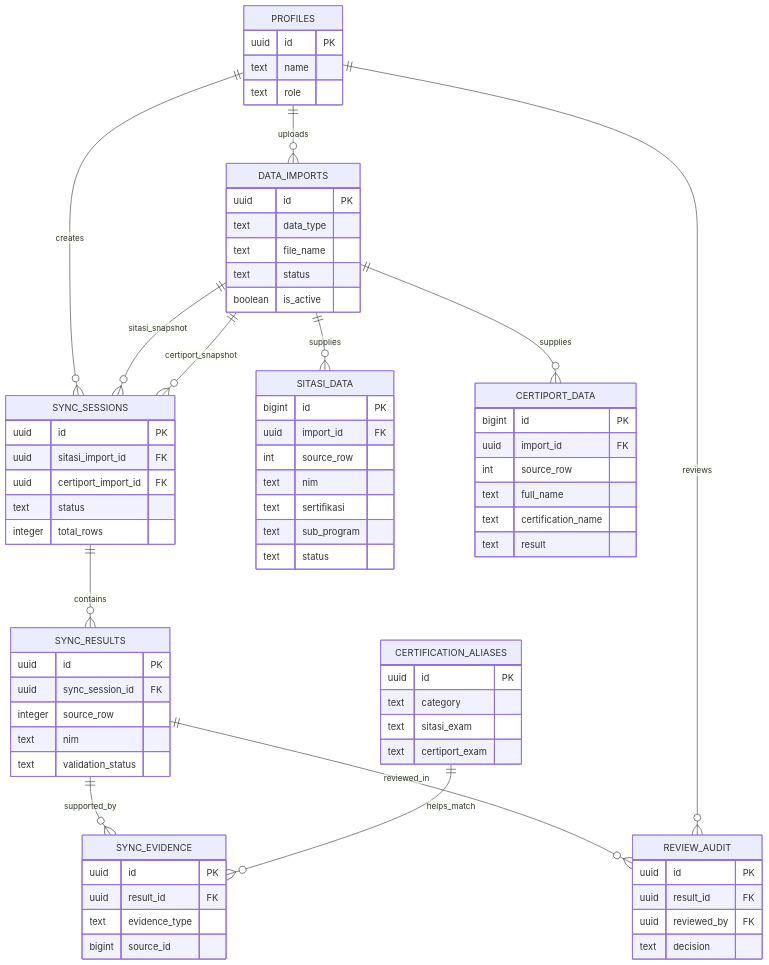
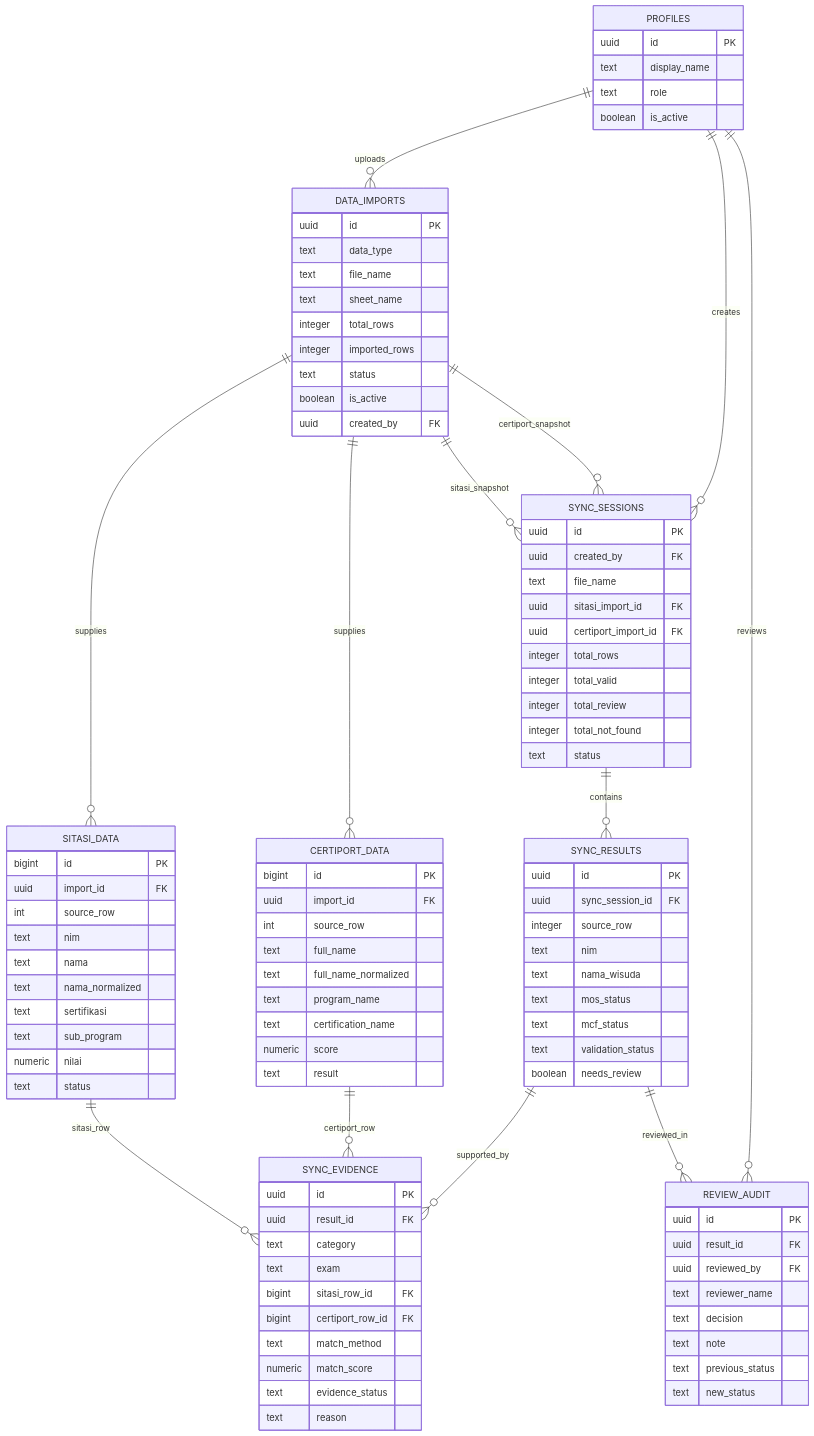
One commit to davidgbrils/wisudasync changed the diagram in docs/07_DATABASE_DESIGN.md. Above: the diagram before and after it, drawn with Mermaid. The commit also changed other lines of this file and 92 other files, not shown here.

````diff
--- a/docs/07_DATABASE_DESIGN.md
+++ b/docs/07_DATABASE_DESIGN.md
@@ -15,28 +18,37 @@
   SYNC_SESSIONS ||--o{ SYNC_RESULTS : contains
   SYNC_RESULTS ||--o{ SYNC_EVIDENCE : supported_by
   SYNC_RESULTS ||--o{ REVIEW_AUDIT : reviewed_in
+  SITASI_DATA ||--o{ SYNC_EVIDENCE : sitasi_row
+  CERTIPORT_DATA ||--o{ SYNC_EVIDENCE : certiport_row
   PROFILES ||--o{ REVIEW_AUDIT : reviews
-  CERTIFICATION_ALIASES ||--o{ SYNC_EVIDENCE : helps_match
 
   PROFILES {
     uuid id PK
-    text name
+    text display_name
     text role
+    boolean is_active
   }
   DATA_IMPORTS {
     uuid id PK
     text data_type
     text file_name
+    text sheet_name
+    integer total_rows
+    integer imported_rows
     text status
     boolean is_active
+    uuid created_by FK
   }
   SITASI_DATA {
     bigint id PK
     uuid import_id FK
     int source_row
     text nim
+    text nama
+    text nama_normalized
     text sertifikasi
     text sub_program
+    numeric nilai
     text status
   }
   CERTIPORT_DATA {
@@ -44,39 +56,55 @@
     uuid import_id FK
     int source_row
     text full_name
+    text full_name_normalized
+    text program_name
     text certification_name
+    numeric score
     text result
   }
   SYNC_SESSIONS {
     uuid id PK
+    uuid created_by FK
+    text file_name
     uuid sitasi_import_id FK
     uuid certiport_import_id FK
+    integer total_rows
+    integer total_valid
+    integer total_review
+    integer total_not_found
     text status
-    integer total_rows
   }
   SYNC_RESULTS {
     uuid id PK
     uuid sync_session_id FK
     integer source_row
     text nim
+    text nama_wisuda
+    text mos_status
+    text mcf_status
     text validation_status
+    boolean needs_review
   }
   SYNC_EVIDENCE {
     uuid id PK
     uuid result_id FK
-    text evidence_type
-    bigint source_id
+    text category
+    text exam
+    bigint sitasi_row_id FK
+    bigint certiport_row_id FK
+    text match_method
+    numeric match_score
+    text evidence_status
+    text reason
   }
   REVIEW_AUDIT {
     uuid id PK
     uuid result_id FK
     uuid reviewed_by FK
+    text reviewer_name
     text decision
-  }
-  CERTIFICATION_ALIASES {
-    uuid id PK
-    text category
-    text sitasi_exam
-    text certiport_exam
+    text note
+    text previous_status
+    text new_status
   }
 ```
````
